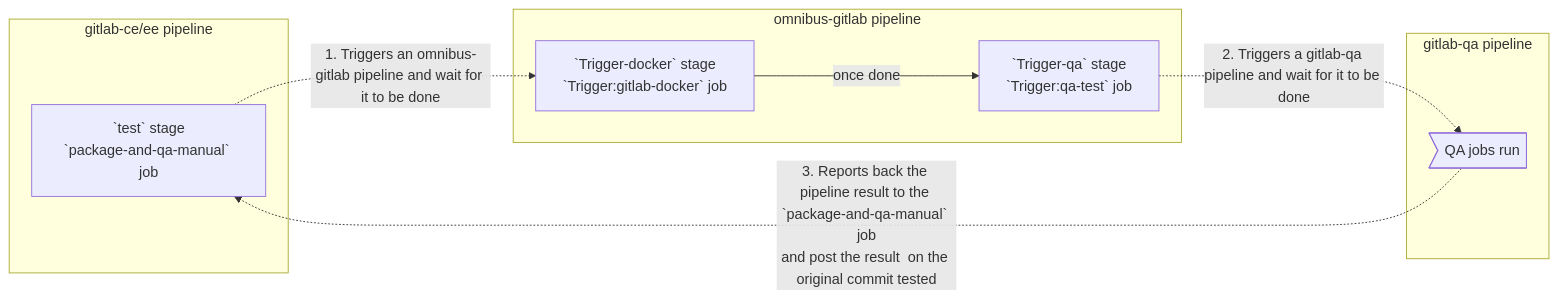
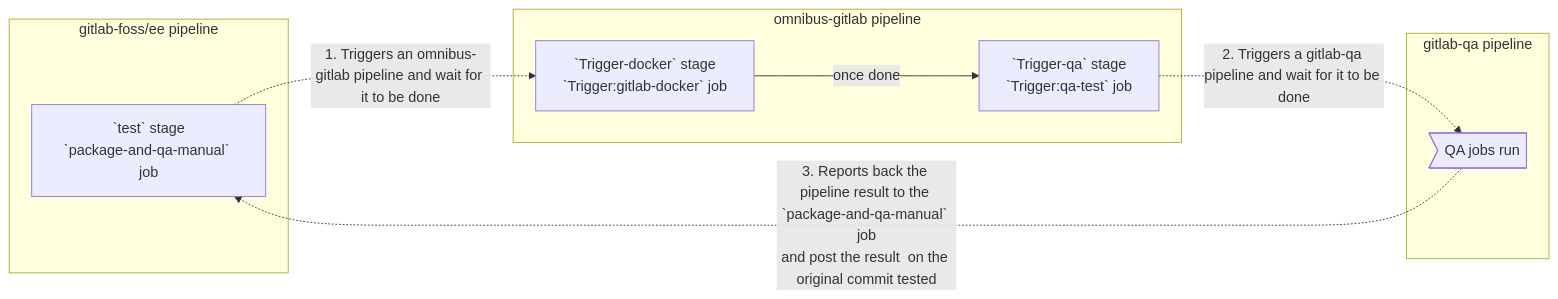
One commit to mehulagg/gitlab_test changed the diagram in doc/development/testing_guide/end_to_end/index.md. Above: the diagram before and after it, drawn with Mermaid. The commit also changed other lines of this file and 862 other files, not shown here.

````diff
--- a/doc/development/testing_guide/end_to_end/index.md
+++ b/doc/development/testing_guide/end_to_end/index.md
@@ -68,17 +68,17 @@
 ```mermaid
 graph LR
     A1 -.->|1. Triggers an omnibus-gitlab pipeline and wait for it to be done| A2
     B2[`Trigger-qa` stage<br>`Trigger:qa-test` job] -.->|2. Triggers a gitlab-qa pipeline and wait for it to be done| A3
 
-subgraph "gitlab-ce/ee pipeline"
+subgraph "gitlab-foss/ee pipeline"
     A1[`test` stage<br>`package-and-qa-manual` job]
     end
 
 subgraph "omnibus-gitlab pipeline"
     A2[`Trigger-docker` stage<br>`Trigger:gitlab-docker` job] -->|once done| B2
     end
 
 subgraph "gitlab-qa pipeline"
     A3>QA jobs run] -.->|3. Reports back the pipeline result to the `package-and-qa-manual` job<br>and post the result  on the original commit tested| A1
     end
 ```
````
